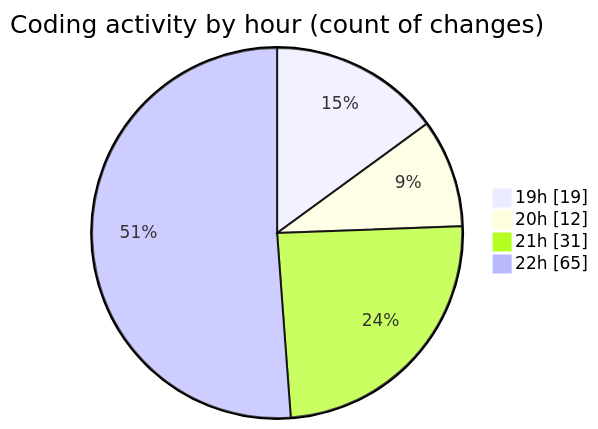
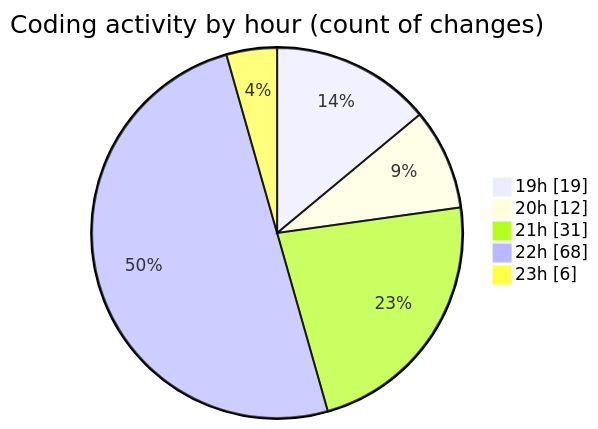
Before and after one commit to lephambinh05/code-tracking: the second of 2 diagrams in 2025-07-28/quanlyrapchieuphim-2/README.md, drawn with Mermaid. The commit also changed other lines of this file and 1 other file, not shown here.

````diff
--- a/2025-07-28/quanlyrapchieuphim-2/README.md
+++ b/2025-07-28/quanlyrapchieuphim-2/README.md
@@ -59,8 +65,9 @@
 ```mermaid
 pie showData
 title Coding activity by hour (count of changes)
 "19h" : 19
 "20h" : 12
 "21h" : 31
-"22h" : 65
+"22h" : 68
+"23h" : 6
 ```
````
